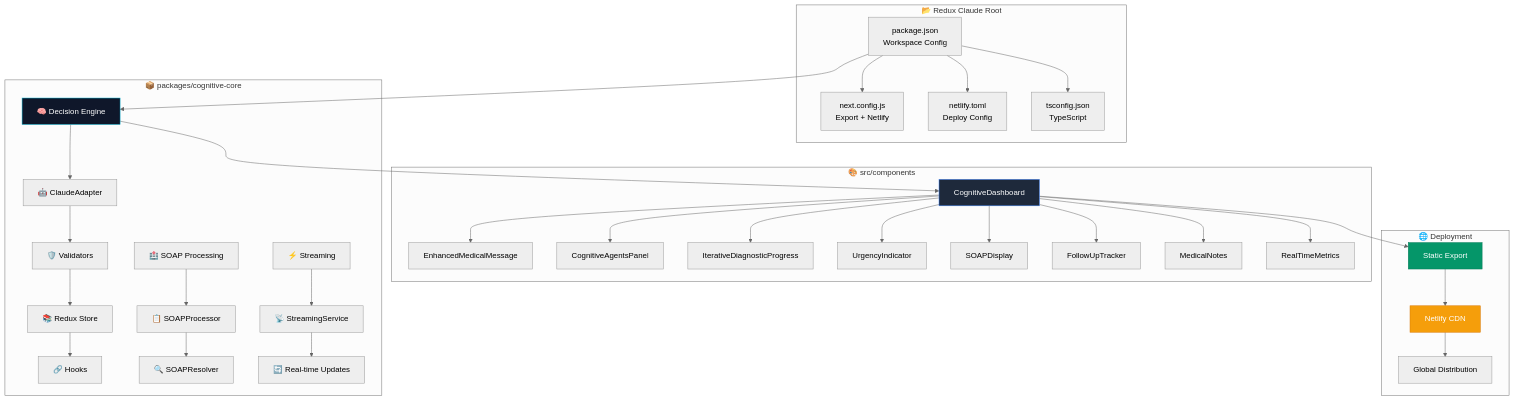
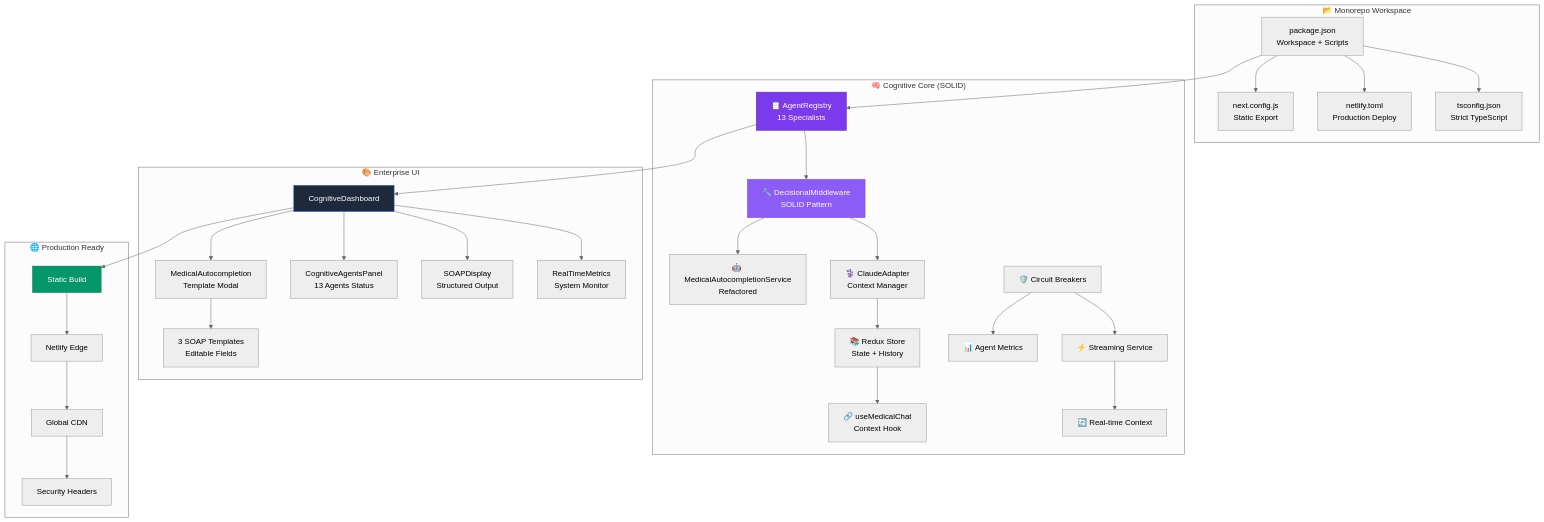
The fourth of 4 diagrams in README.md (BernardUriza/redux-claude), drawn with Mermaid (neutral theme) before and after one commit. The commit also changed other lines of this file and 13 other files, not shown here.

````diff
--- a/README.md
+++ b/README.md
@@ -264,46 +268,43 @@
 ```mermaid
 graph TB
-    subgraph "📂 Redux Claude Root"
-        A[package.json<br/>Workspace Config] --> B[next.config.js<br/>Export + Netlify]
-        A --> C[netlify.toml<br/>Deploy Config]
-        A --> D[tsconfig.json<br/>TypeScript]
+    subgraph "📂 Monorepo Workspace"
+        A[package.json<br/>Workspace + Scripts] --> B[next.config.js<br/>Static Export]
+        A --> C[netlify.toml<br/>Production Deploy]
+        A --> D[tsconfig.json<br/>Strict TypeScript]
     end
     
-    subgraph "📦 packages/cognitive-core"
-        E[🧠 Decision Engine] --> F[🤖 ClaudeAdapter]
-        F --> G[🛡️ Validators]
-        G --> H[📚 Redux Store]
-        H --> I[🔗 Hooks]
+    subgraph "🧠 Cognitive Core (SOLID)"
+        E[📋 AgentRegistry<br/>13 Specialists] --> F[🔧 DecisionalMiddleware<br/>SOLID Pattern]
+        F --> G[🤖 MedicalAutocompletionService<br/>Refactored]
+        F --> H[⚕️ ClaudeAdapter<br/>Context Manager]
+        H --> I[📚 Redux Store<br/>State + History]
+        I --> J[🔗 useMedicalChat<br/>Context Hook]
         
-        J[🏥 SOAP Processing] --> K[📋 SOAPProcessor]
-        K --> L[🔍 SOAPResolver]
-        
-        M[⚡ Streaming] --> N[📡 StreamingService]
-        N --> O[🔄 Real-time Updates]
+        K[🛡️ Circuit Breakers] --> L[📊 Agent Metrics]
+        K --> M[⚡ Streaming Service]
+        M --> N[🔄 Real-time Context]
     end
     
-    subgraph "🎨 src/components"
-        P[CognitiveDashboard] --> Q[EnhancedMedicalMessage]
-        P --> R[CognitiveAgentsPanel]
-        P --> S[IterativeDiagnosticProgress]
-        P --> T[UrgencyIndicator]
-        P --> U[SOAPDisplay]
-        P --> V[FollowUpTracker]
-        P --> W[MedicalNotes]
-        P --> X[RealTimeMetrics]
+    subgraph "🎨 Enterprise UI"
+        O[CognitiveDashboard] --> P[MedicalAutocompletion<br/>Template Modal]
+        O --> Q[CognitiveAgentsPanel<br/>13 Agents Status]
+        O --> R[SOAPDisplay<br/>Structured Output]
+        O --> S[RealTimeMetrics<br/>System Monitor]
+        P --> T[3 SOAP Templates<br/>Editable Fields]
     end
     
-    subgraph "🌐 Deployment"
-        Y[Static Export] --> Z[Netlify CDN]
-        Z --> AA[Global Distribution]
+    subgraph "🌐 Production Ready"
+        U[Static Build] --> V[Netlify Edge]
+        V --> W[Global CDN]
+        W --> X[Security Headers]
     end
     
     A --> E
-    E --> P
-    P --> Y
+    E --> O
+    O --> U
     
-    style E fill:#0f172a,stroke:#06b6d4,color:#fff
-    style P fill:#1e293b,stroke:#3b82f6,color:#fff
-    style Y fill:#059669,stroke:#047857,color:#fff
-    style Z fill:#f59e0b,stroke:#d97706,color:#fff
+    style E fill:#7c3aed,stroke:#5b21b6,color:#fff
+    style F fill:#8b5cf6,stroke:#7c3aed,color:#fff
+    style O fill:#1e293b,stroke:#3b82f6,color:#fff
+    style U fill:#059669,stroke:#047857,color:#fff
 ```
````
